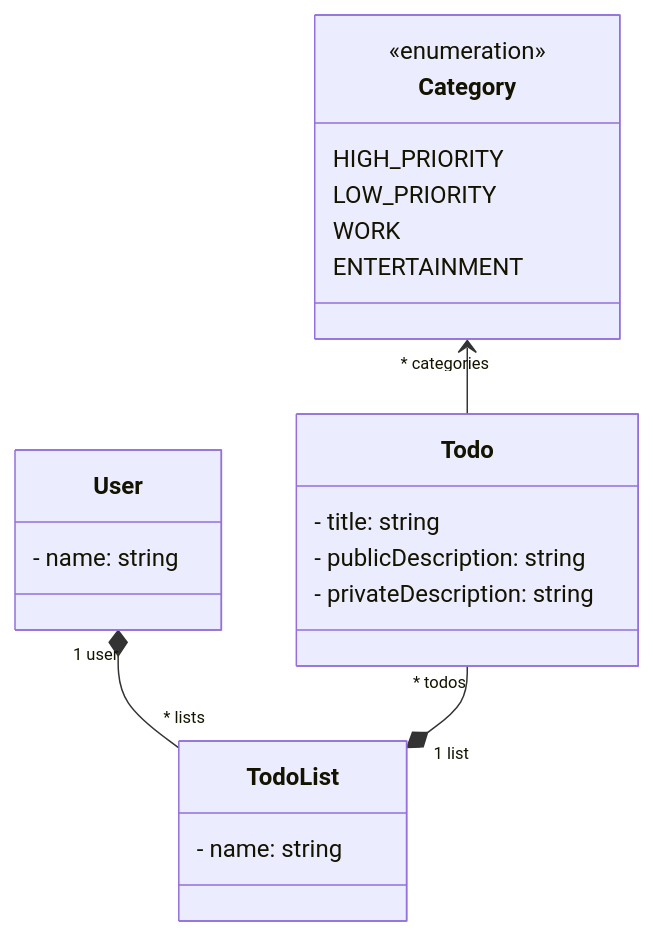
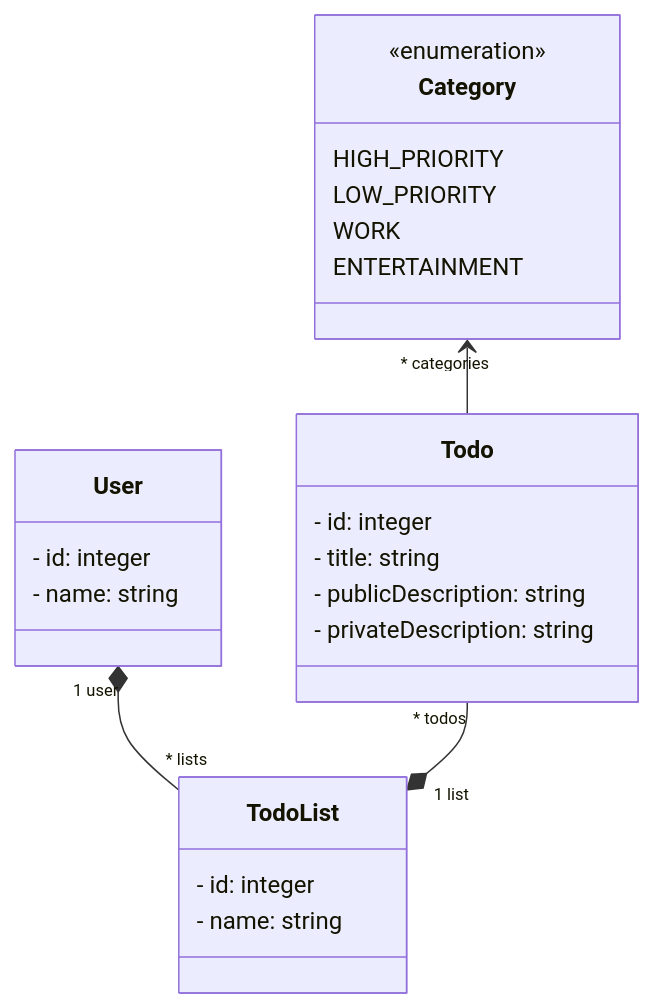
The diagram in tp-spring/README.md (arnobl/WebEngineering-INSA), drawn with Mermaid before and after one commit. The commit also changed other lines of this file and 4 other files, not shown here.

````diff
--- a/tp-spring/README.md
+++ b/tp-spring/README.md
@@ -30,25 +30,28 @@
 ```mermaid
 classDiagram
     class User {
+        - id: integer
         - name: string
     }
     class TodoList {
+        - id: integer
         - name: string
     }
     class Todo {
+        - id: integer
         - title: string
         - publicDescription: string
         - privateDescription: string
     }
     class Category {
         <<enumeration>>
 
         HIGH_PRIORITY
         LOW_PRIORITY
         WORK
         ENTERTAINMENT
     }
     User "1 user" *-- "* lists" TodoList
     Todo "* todos" --* "1 list" TodoList
-    Category "* categories" <-- Todo 
+    Category "* categories" <-- Todo
 ```
````
